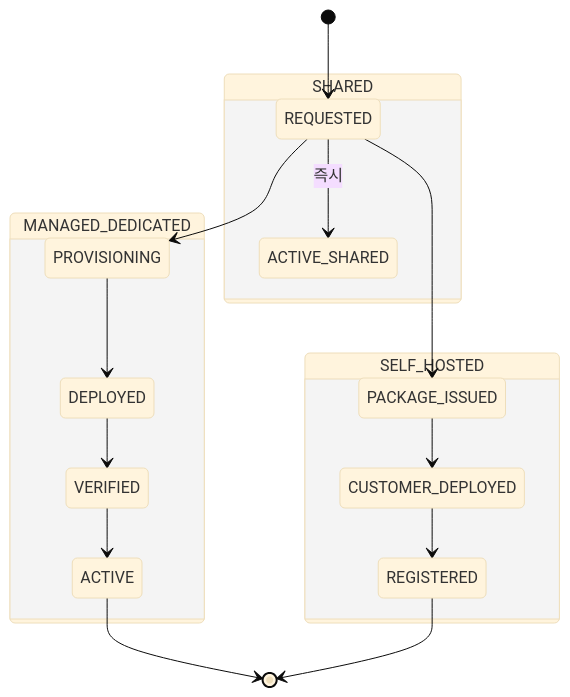
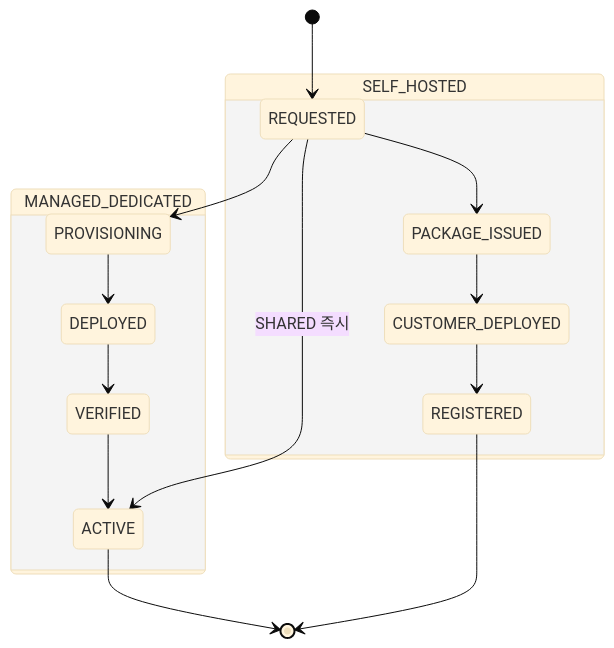
One commit to smkim89/aml-system-docs changed the second of 2 diagrams in docs/design/db/02-aml-db.md. Above: the diagram before and after it, drawn with Mermaid (base theme). The commit also changed other lines of this file and 187 other files, not shown here.

````diff
--- a/docs/design/db/02-aml-db.md
+++ b/docs/design/db/02-aml-db.md
@@ -606,20 +612,18 @@
 ```mermaid
 stateDiagram-v2
     [*] --> REQUESTED
     state "MANAGED_DEDICATED" as M {
         REQUESTED --> PROVISIONING
         PROVISIONING --> DEPLOYED
         DEPLOYED --> VERIFIED
         VERIFIED --> ACTIVE
     }
     state "SELF_HOSTED" as S {
         REQUESTED --> PACKAGE_ISSUED
         PACKAGE_ISSUED --> CUSTOMER_DEPLOYED
         CUSTOMER_DEPLOYED --> REGISTERED
     }
-    state "SHARED" as H {
-        REQUESTED --> ACTIVE_SHARED : 즉시
-    }
+    REQUESTED --> ACTIVE : SHARED 즉시
     ACTIVE --> [*]
     REGISTERED --> [*]
 ```
````
